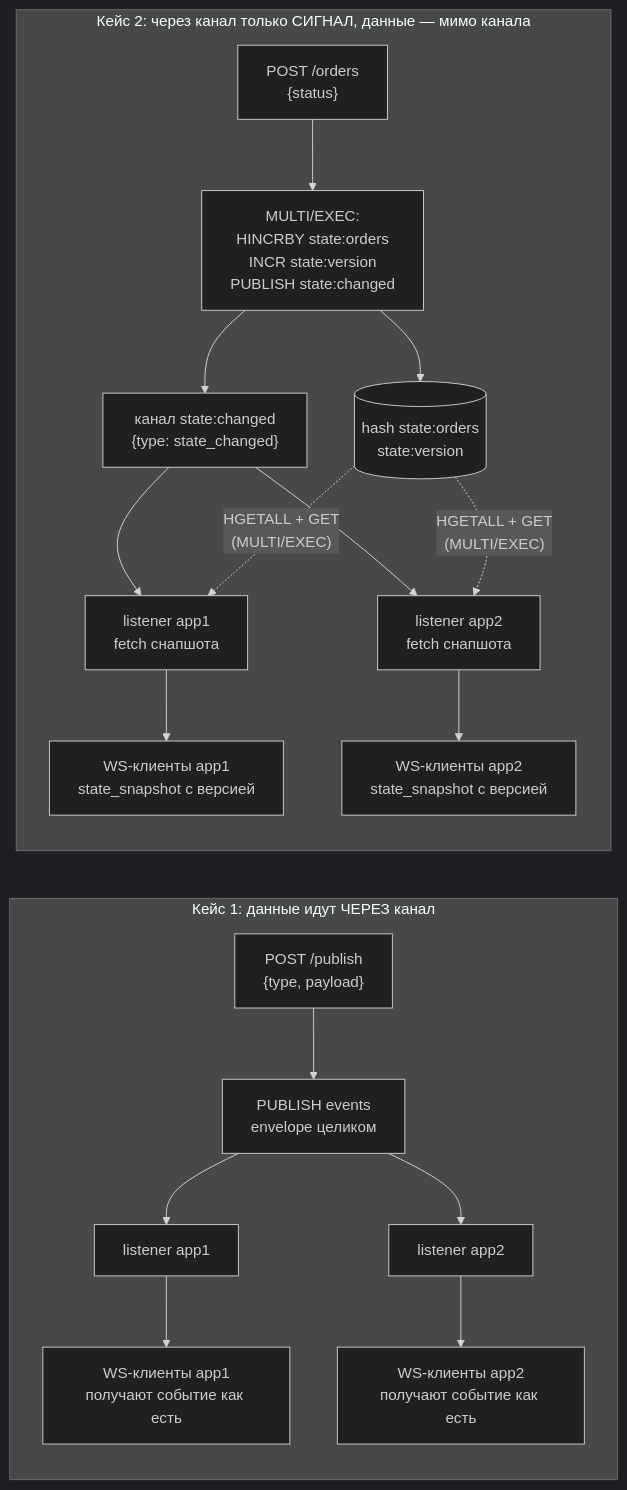
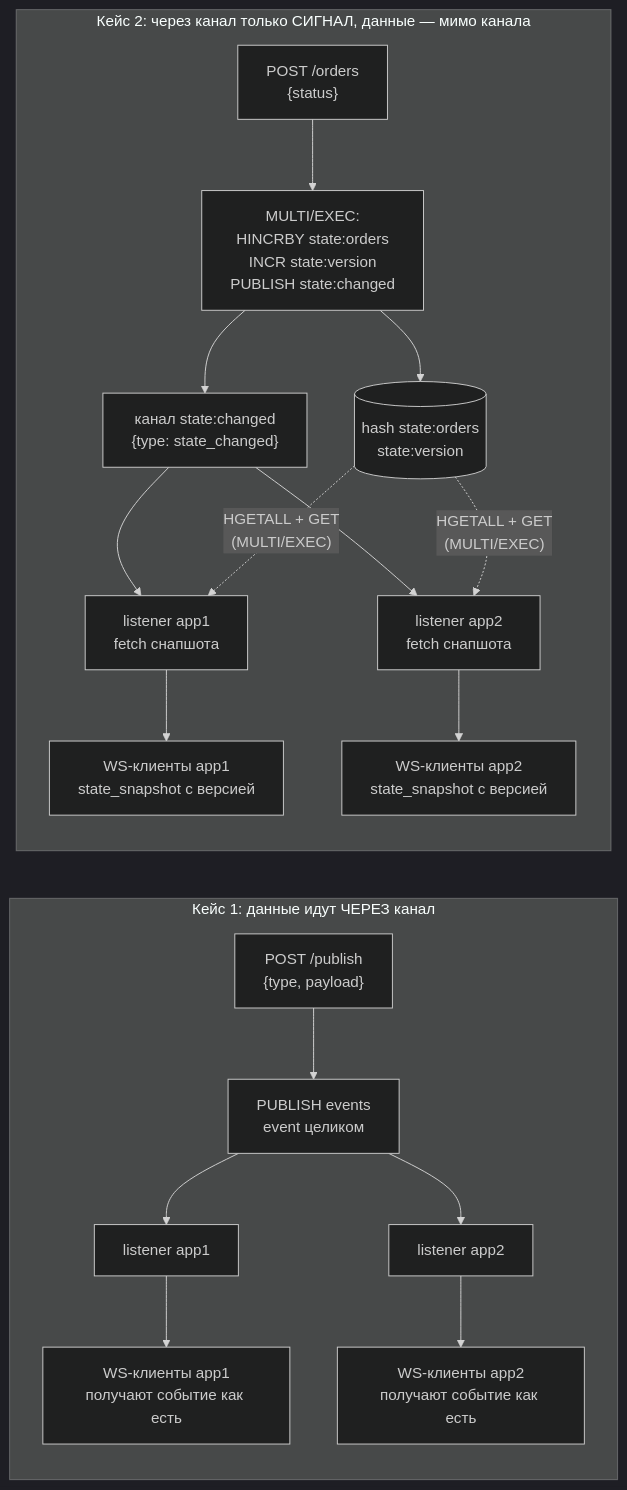
One commit to Oorzhakau/redis_pubsub changed the second of 5 diagrams in README.md. Above: the diagram before and after it, drawn with Mermaid (dark theme). The commit also changed other lines of this file, not shown here.

````diff
--- a/README.md
+++ b/README.md
@@ -127,22 +130,22 @@
 ```mermaid
 flowchart LR
     subgraph c1["Кейс 1: данные идут ЧЕРЕЗ канал"]
-        a1["POST /publish<br/>{type, payload}"] --> p1["PUBLISH events<br/>envelope целиком"]
+        a1["POST /publish<br/>{type, payload}"] --> p1["PUBLISH events<br/>event целиком"]
         p1 --> l1a["listener app1"]
         p1 --> l1b["listener app2"]
         l1a --> w1a["WS-клиенты app1<br/>получают событие как есть"]
         l1b --> w1b["WS-клиенты app2<br/>получают событие как есть"]
     end
 
     subgraph c2["Кейс 2: через канал только СИГНАЛ, данные — мимо канала"]
         a2["POST /orders<br/>{status}"] --> tx["MULTI/EXEC:<br/>HINCRBY state:orders<br/>INCR state:version<br/>PUBLISH state:changed"]
         tx --> sig["канал state:changed<br/>{type: state_changed}"]
         tx --> data[("hash state:orders<br/>state:version")]
         sig --> f1["listener app1<br/>fetch снапшота"]
         sig --> f2["listener app2<br/>fetch снапшота"]
         data -.->|"HGETALL + GET<br/>(MULTI/EXEC)"| f1
         data -.->|"HGETALL + GET<br/>(MULTI/EXEC)"| f2
         f1 --> s1["WS-клиенты app1<br/>state_snapshot с версией"]
         f2 --> s2["WS-клиенты app2<br/>state_snapshot с версией"]
     end
 ```
````
